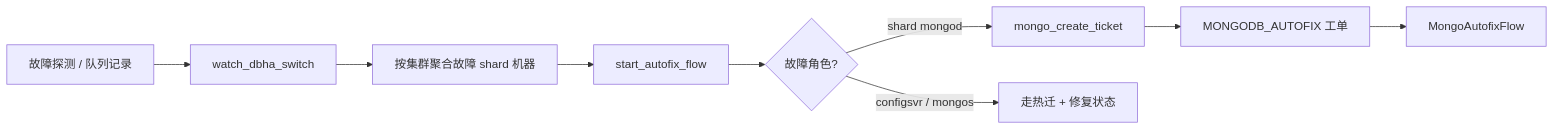
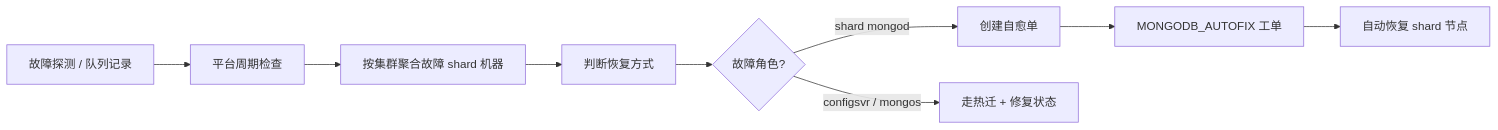
Before and after one commit to cycker/blueking-dbm: the diagram in docs/operations/handbook-md/14-dbha-autofix.md, drawn with Mermaid. The commit also changed other lines of this file and 5 other files, not shown here.

````diff
--- a/docs/operations/handbook-md/14-dbha-autofix.md
+++ b/docs/operations/handbook-md/14-dbha-autofix.md
@@ -124,11 +103,11 @@
 ```mermaid
 flowchart LR
-  A[故障探测 / 队列记录] --> B[watch_dbha_switch]
+  A[故障探测 / 队列记录] --> B[平台周期检查]
   B --> C[按集群聚合故障 shard 机器]
-  C --> D[start_autofix_flow]
+  C --> D[判断恢复方式]
   D --> E{故障角色?}
-  E -->|shard mongod| F[mongo_create_ticket]
+  E -->|shard mongod| F[创建自愈单]
   E -->|configsvr / mongos| I[走热迁 + 修复状态]
   F --> G[MONGODB_AUTOFIX 工单]
-  G --> H[MongoAutofixFlow]
+  G --> H[自动恢复 shard 节点]
 ```
````
